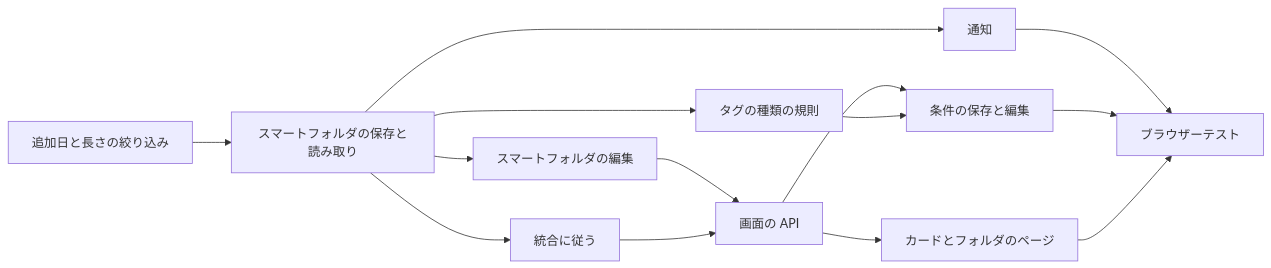
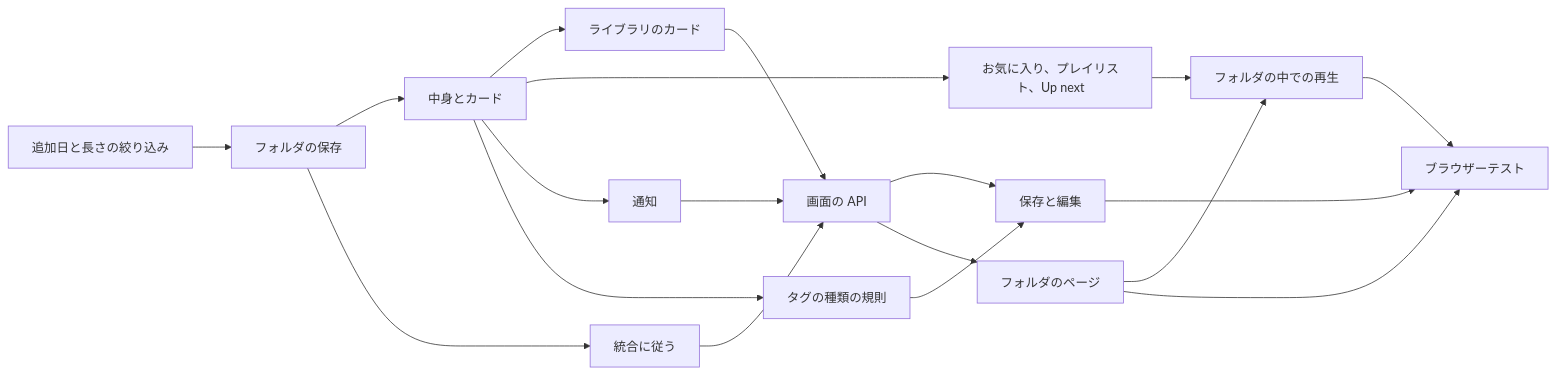
One commit to syudead/vv changed the second of 2 diagrams in translations/ja/specs/052-smart-folders/plan.md. Above: the diagram before and after it, drawn with Mermaid. The commit also changed other lines of this file and 4 other files, not shown here.

````diff
--- a/translations/ja/specs/052-smart-folders/plan.md
+++ b/translations/ja/specs/052-smart-folders/plan.md
@@ -120,16 +118,21 @@
 ```mermaid
 flowchart LR
-  facts[追加日と長さの絞り込み] --> read[スマートフォルダの保存と読み取り]
-  read --> edit[スマートフォルダの編集]
-  read --> merge[統合に従う]
-  read --> kind[タグの種類の規則]
-  read --> notice[通知]
-  edit --> api[画面の API]
+  facts[追加日と長さの絞り込み] --> store[フォルダの保存]
+  store --> contents[中身とカード]
+  store --> merge[統合に従う]
+  contents --> lib[ライブラリのカード]
+  contents --> keys[お気に入り、プレイリスト、Up next]
+  contents --> notice[通知]
+  contents --> kind[タグの種類の規則]
+  lib --> api[画面の API]
   merge --> api
-  api --> save[条件の保存と編集]
+  notice --> api
+  api --> save[保存と編集]
   kind --> save
-  api --> page[カードとフォルダのページ]
-  notice --> e2e
+  api --> page[フォルダのページ]
+  keys --> play[フォルダの中での再生]
+  page --> play
   save --> e2e[ブラウザーテスト]
   page --> e2e
+  play --> e2e
 ```
````
